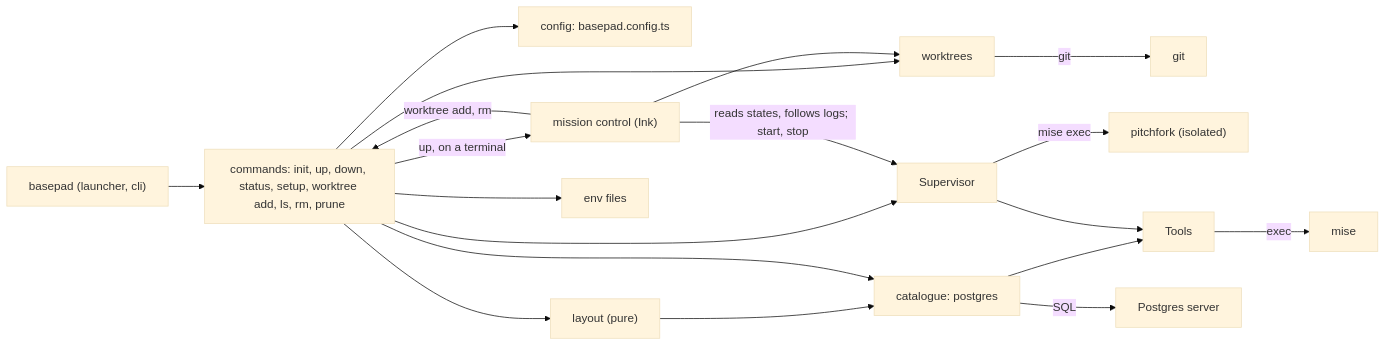
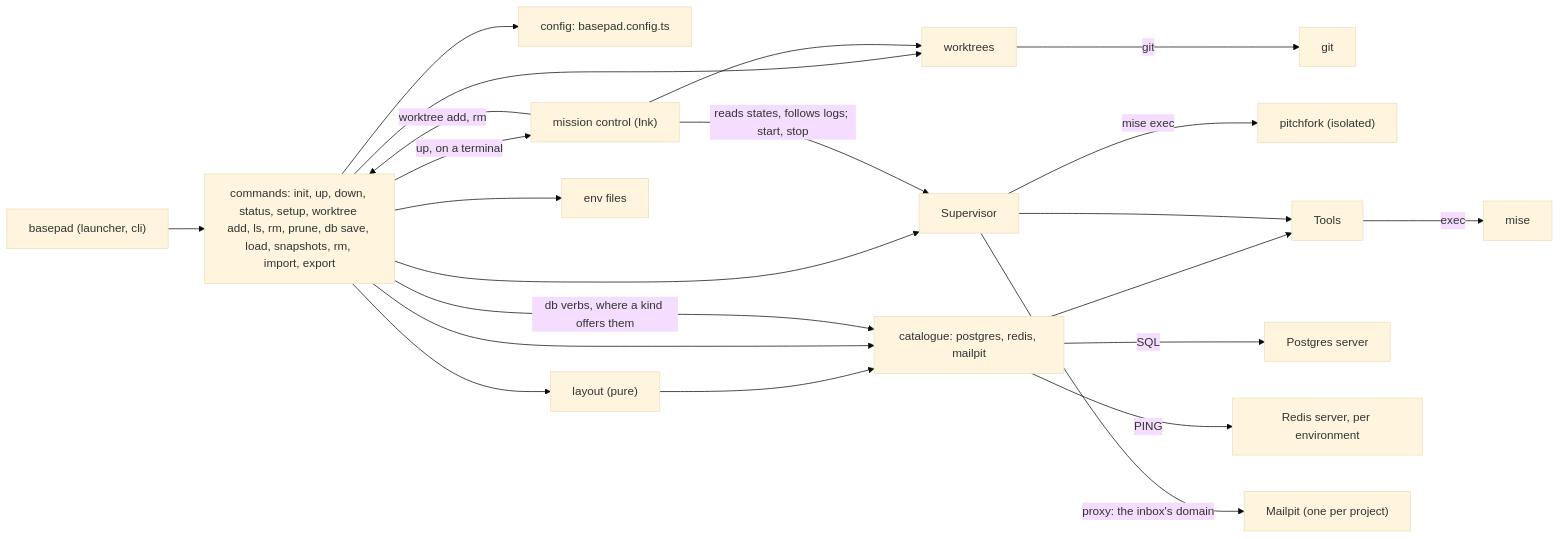
Before and after one commit to Aysnc-Labs/basepad: the diagram in docs/feature-map.md, drawn with Mermaid (base theme). The commit also changed other lines of this file and 28 other files, not shown here.

````diff
--- a/docs/feature-map.md
+++ b/docs/feature-map.md
@@ -12,21 +12,24 @@
 ```mermaid
 flowchart LR
-  CLI["basepad (launcher, cli)"] --> Commands["commands: init, up, down, status, setup, worktree add, ls, rm, prune"]
+  CLI["basepad (launcher, cli)"] --> Commands["commands: init, up, down, status, setup, worktree add, ls, rm, prune, db save, load, snapshots, rm, import, export"]
   Commands --> Worktrees["worktrees"]
   Worktrees -- "git" --> Git["git"]
   Commands --> Config["config: basepad.config.ts"]
   Commands --> Layout["layout (pure)"]
   Layout --> Catalogue
-  Commands --> Catalogue["catalogue: postgres"]
+  Commands --> Catalogue["catalogue: postgres, redis, mailpit"]
+  Commands -- "db verbs, where a kind offers them" --> Catalogue
   Commands --> Supervisor
   Commands -- "up, on a terminal" --> MissionControl["mission control (Ink)"]
   MissionControl -- "reads states, follows logs; start, stop" --> Supervisor
   MissionControl --> Worktrees
   MissionControl -- "worktree add, rm" --> Commands
   Commands --> EnvFiles["env files"]
   Supervisor -- "mise exec" --> Pitchfork["pitchfork (isolated)"]
   Catalogue --> Tools
   Supervisor --> Tools
   Tools -- "exec" --> Mise["mise"]
   Catalogue -- "SQL" --> Postgres["Postgres server"]
+  Catalogue -- "PING" --> Redis["Redis server, per environment"]
+  Supervisor -- "proxy: the inbox's domain" --> Mailpit["Mailpit (one per project)"]
 ```
````
